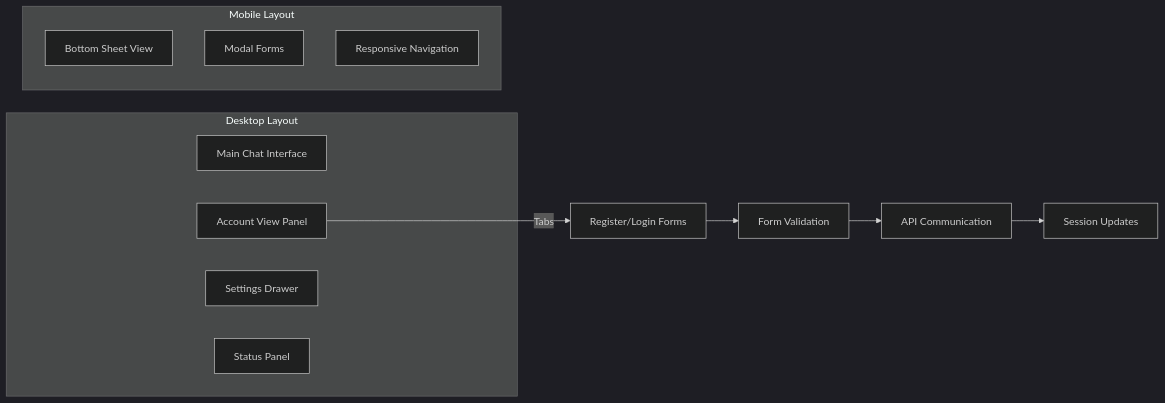
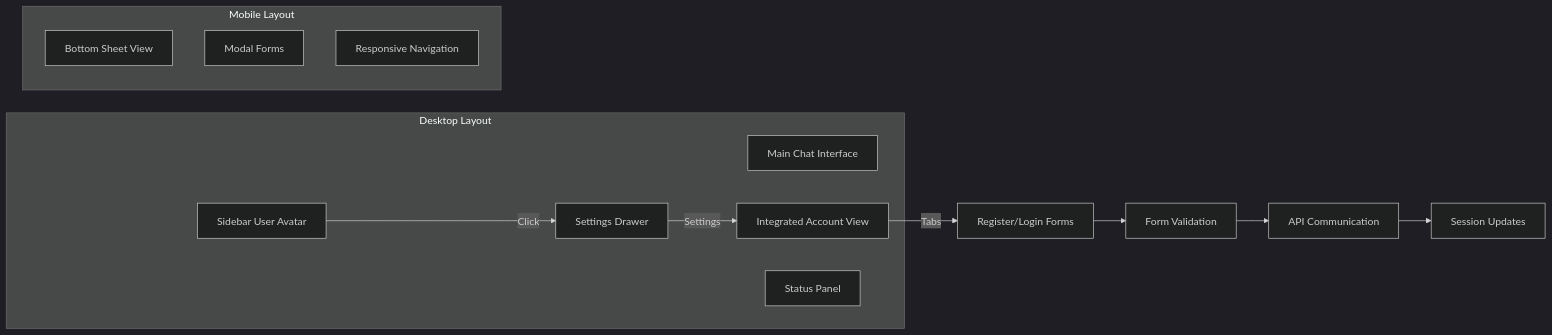
Before and after one commit to intellistream/sage-mate: diagram 16 of 19 in .qoder/repowiki/en/content/Core Components/Integrated Account Management View.md, drawn with Mermaid (dark theme). The commit also changed other lines of this file and 121 other files, not shown here.

````diff
--- a/.qoder/repowiki/en/content/Core Components/Integrated Account Management View.md
+++ b/.qoder/repowiki/en/content/Core Components/Integrated Account Management View.md
@@ -502,18 +674,21 @@
 ```mermaid
 graph LR
 subgraph "Desktop Layout"
 A[Main Chat Interface]
-B[Account View Panel]
+B[Integrated Account View]
 C[Settings Drawer]
 D[Status Panel]
+E[Sidebar User Avatar]
 end
 subgraph "Mobile Layout"
-E[Bottom Sheet View]
-F[Modal Forms]
-G[Responsive Navigation]
+F[Bottom Sheet View]
+G[Modal Forms]
+H[Responsive Navigation]
 end
-B --> |Tabs| H[Register/Login Forms]
-H --> I[Form Validation]
-I --> J[API Communication]
-J --> K[Session Updates]
+B --> |Tabs| I[Register/Login Forms]
+I --> J[Form Validation]
+J --> K[API Communication]
+K --> L[Session Updates]
+E --> |Click| C
+C --> |Settings| B
 ```
````
